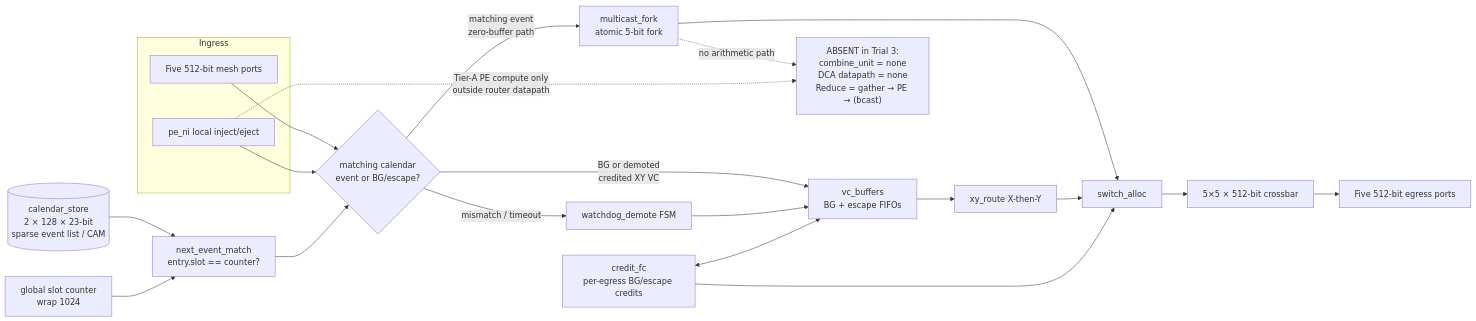
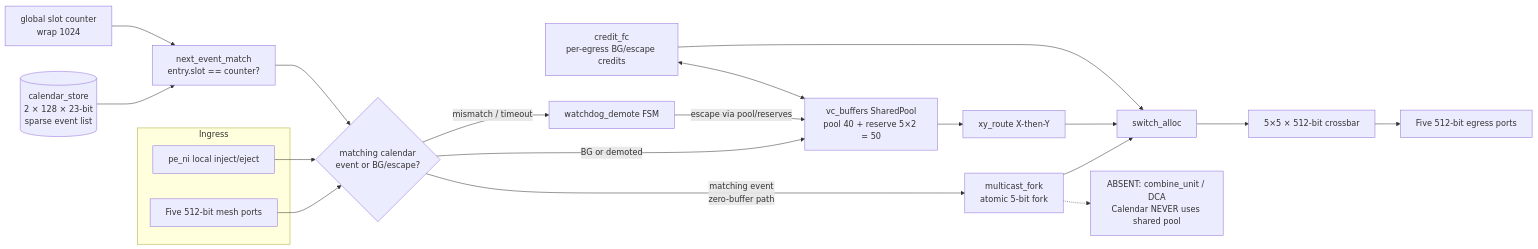
Before and after one commit to lukebest/booksim2: the second of 5 diagrams in docs/phase-2-architecture/architecture-diagram.md, drawn with Mermaid. The commit also changed other lines of this file and 30 other files, not shown here.

First line of the commit message:
dse: Trial 4 Arch-A4 SharedPool-BG — area 0.822×

````diff
--- a/docs/phase-2-architecture/architecture-diagram.md
+++ b/docs/phase-2-architecture/architecture-diagram.md
@@ -33,36 +32,35 @@
 ```mermaid
 flowchart LR
   subgraph ingress["Ingress"]
     mesh_in["Five 512-bit mesh ports"]
     pe_ni["pe_ni local inject/eject"]
   end
 
   slot_ctr["global slot counter<br/>wrap 1024"]
-  calendar_store[("calendar_store<br/>2 × 128 × 23-bit<br/>sparse event list / CAM")]
+  calendar_store[("calendar_store<br/>2 × 128 × 23-bit<br/>sparse event list")]
   next_match["next_event_match<br/>entry.slot == counter?"]
   calendar_store --> next_match
   slot_ctr --> next_match
 
   mesh_in --> classify{"matching calendar<br/>event or BG/escape?"}
   pe_ni --> classify
   next_match --> classify
 
   classify -->|"matching event<br/>zero-buffer path"| multicast_fork["multicast_fork<br/>atomic 5-bit fork"]
   multicast_fork --> switch_alloc["switch_alloc"]
 
-  classify -->|"BG or demoted<br/>credited XY VC"| vc_buffers["vc_buffers<br/>BG + escape FIFOs"]
+  classify -->|"BG or demoted"| vc_buffers["vc_buffers SharedPool<br/>pool 40 + reserve 5×2 = 50"]
   vc_buffers --> xy_route["xy_route X-then-Y"]
   xy_route --> switch_alloc
 
   classify -->|"mismatch / timeout"| watchdog_demote["watchdog_demote FSM"]
-  watchdog_demote --> vc_buffers
+  watchdog_demote -->|"escape via pool/reserves"| vc_buffers
 
   switch_alloc --> crossbar["5×5 × 512-bit crossbar"]
   crossbar --> mesh_out["Five 512-bit egress ports"]
   credit_fc["credit_fc<br/>per-egress BG/escape credits"] <--> vc_buffers
   credit_fc --> switch_alloc
 
-  absent["ABSENT in Trial 3:<br/>combine_unit = none<br/>DCA datapath = none<br/>Reduce = gather → PE → (bcast)"]
-  multicast_fork -.->|"no arithmetic path"| absent
-  pe_ni -.->|"Tier-A PE compute only<br/>outside router datapath"| absent
+  absent["ABSENT: combine_unit / DCA<br/>Calendar NEVER uses shared pool"]
+  multicast_fork -.-> absent
 ```
````
